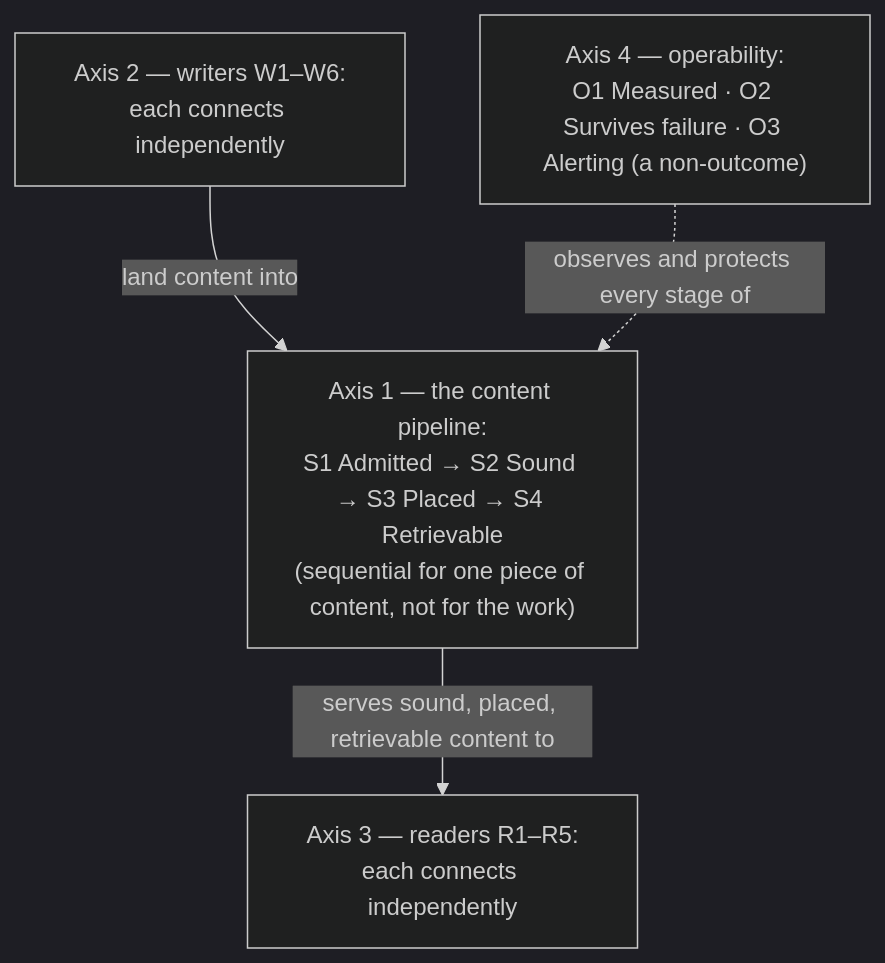
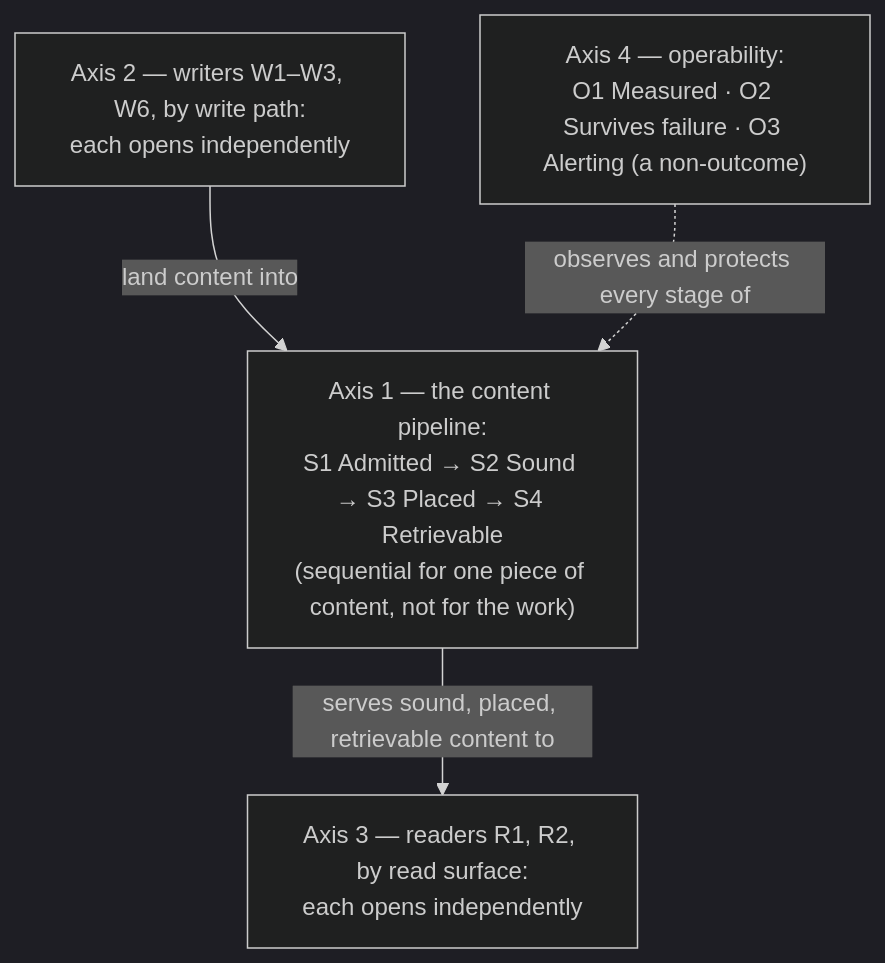
Before and after one commit to ppat/obsidian-tools: the diagram in USE_CASES.md, drawn with Mermaid (dark theme). The commit also changed other lines of this file and 39 other files, not shown here.

````diff
--- a/USE_CASES.md
+++ b/USE_CASES.md
@@ -65,10 +72,10 @@
 ```mermaid
 flowchart TB
-    W["Axis 2 — writers W1–W6:<br/>each connects independently"]
+    W["Axis 2 — writers W1–W3, W6, by write path:<br/>each opens independently"]
     P["Axis 1 — the content pipeline:<br/>S1 Admitted → S2 Sound → S3 Placed → S4 Retrievable<br/>(sequential for one piece of content, not for the work)"]
-    R["Axis 3 — readers R1–R5:<br/>each connects independently"]
+    R["Axis 3 — readers R1, R2, by read surface:<br/>each opens independently"]
     O["Axis 4 — operability:<br/>O1 Measured · O2 Survives failure · O3 Alerting (a non-outcome)"]
     W -->|"land content into"| P
     P -->|"serves sound, placed, retrievable content to"| R
     O -.->|"observes and protects every stage of"| P
 ```
````
